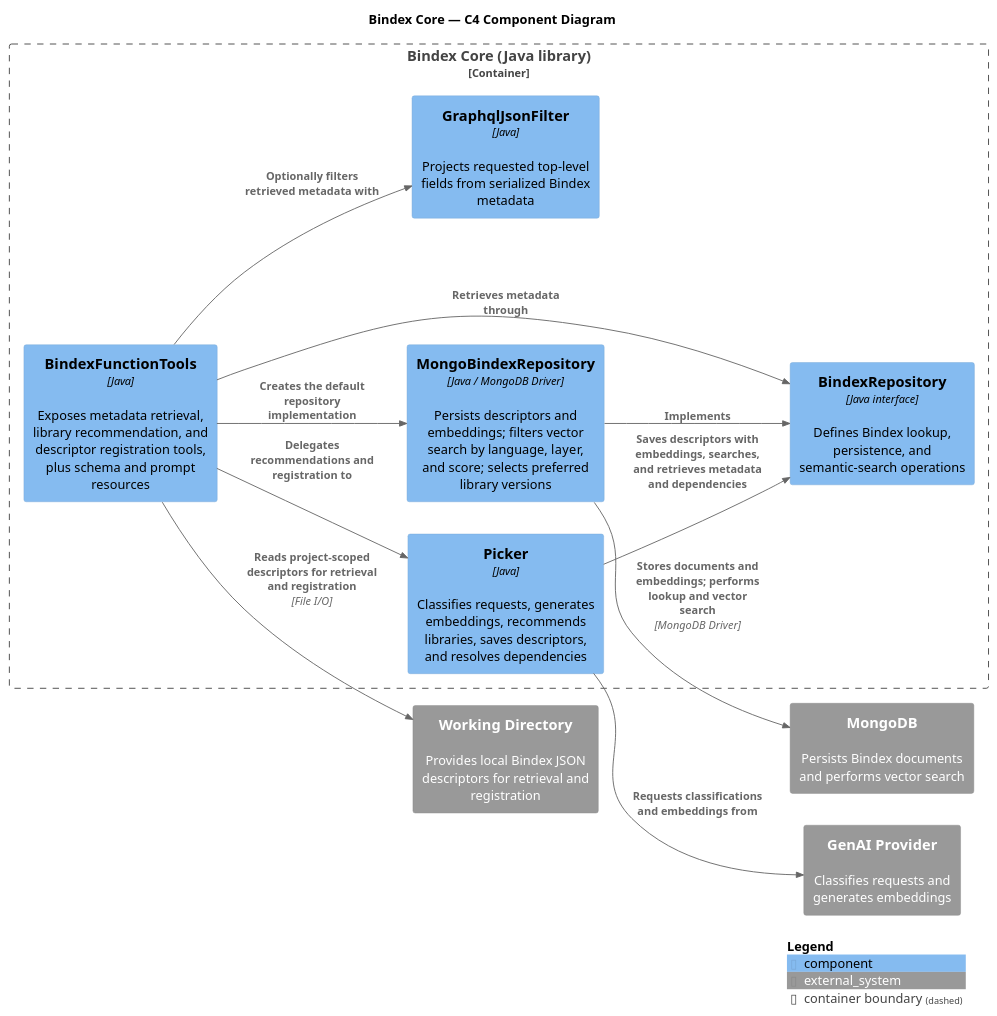
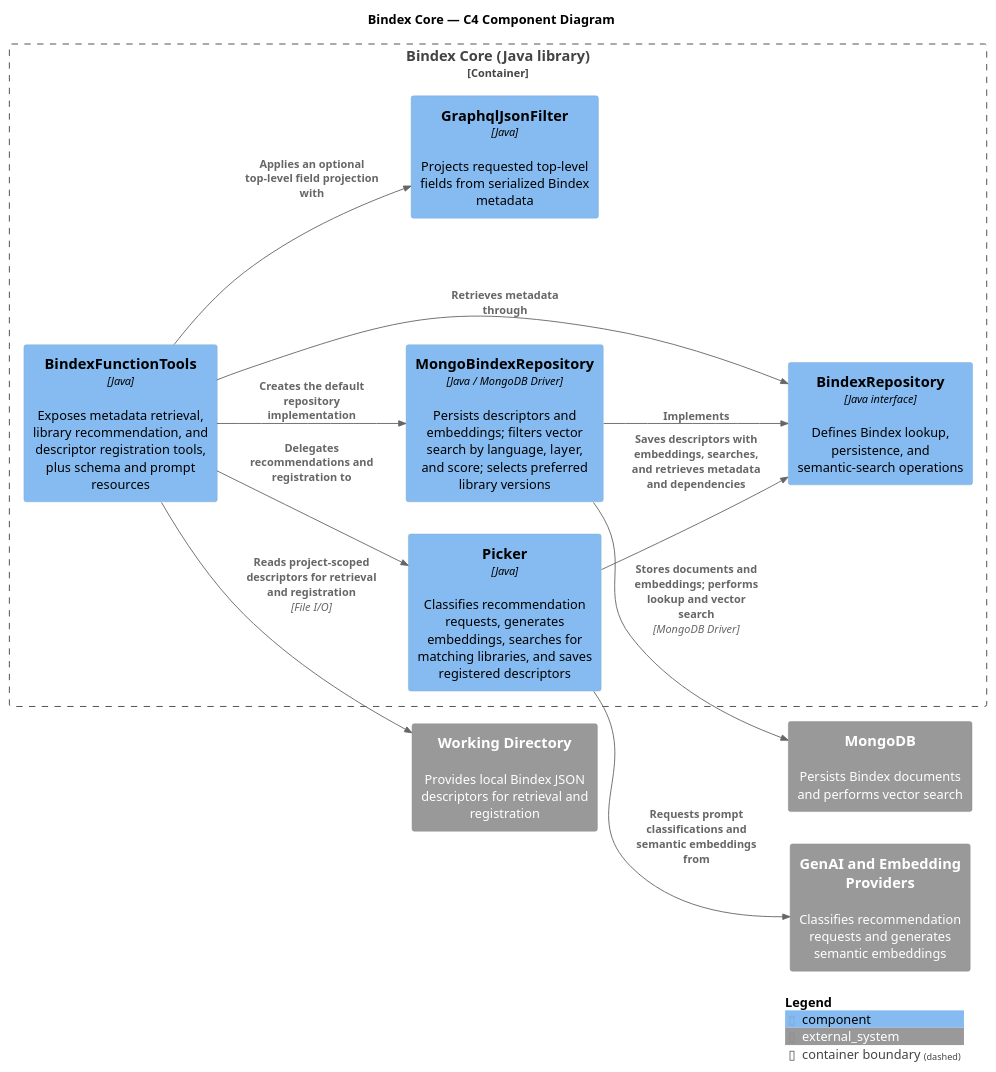
Before and after one commit to machanism-org/bindex-core: the diagram in src/site/puml/c4-diagram.puml, drawn with PlantUML. The commit also changed 2 other files, not shown here.

Commit message:
docs: clarify function tools and architecture
Document descriptor retrieval sources, project-scoped local file handling, and top-level selection behavior for get_bindex.

```diff
--- a/src/site/puml/c4-diagram.puml
+++ b/src/site/puml/c4-diagram.puml
@@ -10,31 +10,31 @@
 @startuml
 !includeurl https://raw.githubusercontent.com/plantuml-stdlib/C4-PlantUML/master/C4_Component.puml
 
 LAYOUT_LEFT_RIGHT()
 
 title Bindex Core — C4 Component Diagram
 
 System_Ext(fileSystem, "Working Directory", "Provides local Bindex JSON descriptors for retrieval and registration")
-System_Ext(genaiProvider, "GenAI Provider", "Classifies requests and generates embeddings")
+System_Ext(genaiProvider, "GenAI and Embedding Providers", "Classifies recommendation requests and generates semantic embeddings")
 System_Ext(mongodb, "MongoDB", "Persists Bindex documents and performs vector search")
 
 Container_Boundary(bindexCore, "Bindex Core (Java library)") {
   Component(bindexFunctionTools, "BindexFunctionTools", "Java", "Exposes metadata retrieval, library recommendation, and descriptor registration tools, plus schema and prompt resources")
   Component(graphqlJsonFilter, "GraphqlJsonFilter", "Java", "Projects requested top-level fields from serialized Bindex metadata")
-  Component(picker, "Picker", "Java", "Classifies requests, generates embeddings, recommends libraries, saves descriptors, and resolves dependencies")
+  Component(picker, "Picker", "Java", "Classifies recommendation requests, generates embeddings, searches for matching libraries, and saves registered descriptors")
   Component(repository, "BindexRepository", "Java interface", "Defines Bindex lookup, persistence, and semantic-search operations")
   Component(mongoRepository, "MongoBindexRepository", "Java / MongoDB Driver", "Persists descriptors and embeddings; filters vector search by language, layer, and score; selects preferred library versions")
 }
 
 Rel(bindexFunctionTools, fileSystem, "Reads project-scoped descriptors for retrieval and registration", "File I/O")
-Rel(bindexFunctionTools, graphqlJsonFilter, "Optionally filters retrieved metadata with")
+Rel(bindexFunctionTools, graphqlJsonFilter, "Applies an optional top-level field projection with")
 Rel(bindexFunctionTools, picker, "Delegates recommendations and registration to")
 Rel(bindexFunctionTools, repository, "Retrieves metadata through")
 Rel(bindexFunctionTools, mongoRepository, "Creates the default repository implementation")
-Rel(picker, genaiProvider, "Requests classifications and embeddings from")
+Rel(picker, genaiProvider, "Requests prompt classifications and semantic embeddings from")
 Rel(picker, repository, "Saves descriptors with embeddings, searches, and retrieves metadata and dependencies")
 Rel(mongoRepository, repository, "Implements")
 Rel(mongoRepository, mongodb, "Stores documents and embeddings; performs lookup and vector search", "MongoDB Driver")
 
 SHOW_LEGEND()
 @enduml
```
